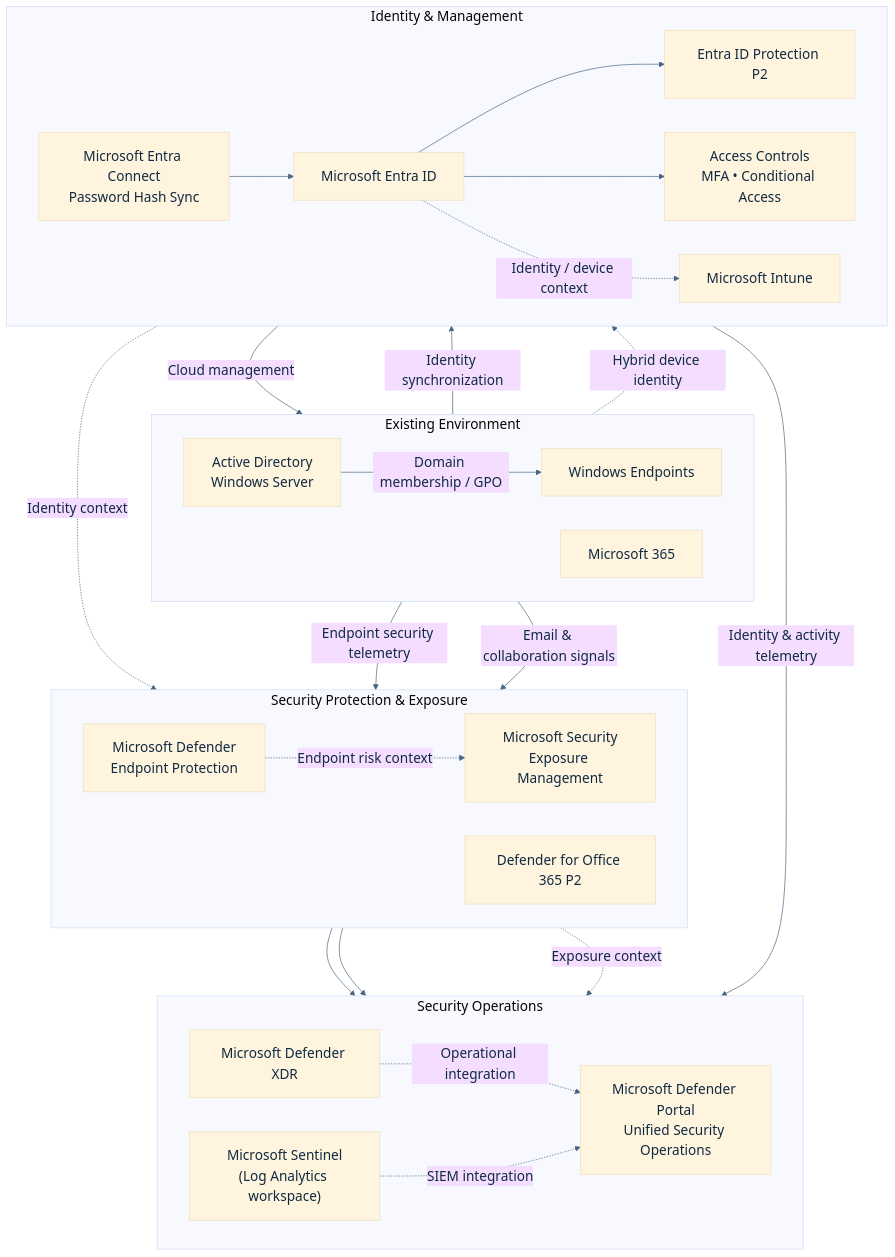
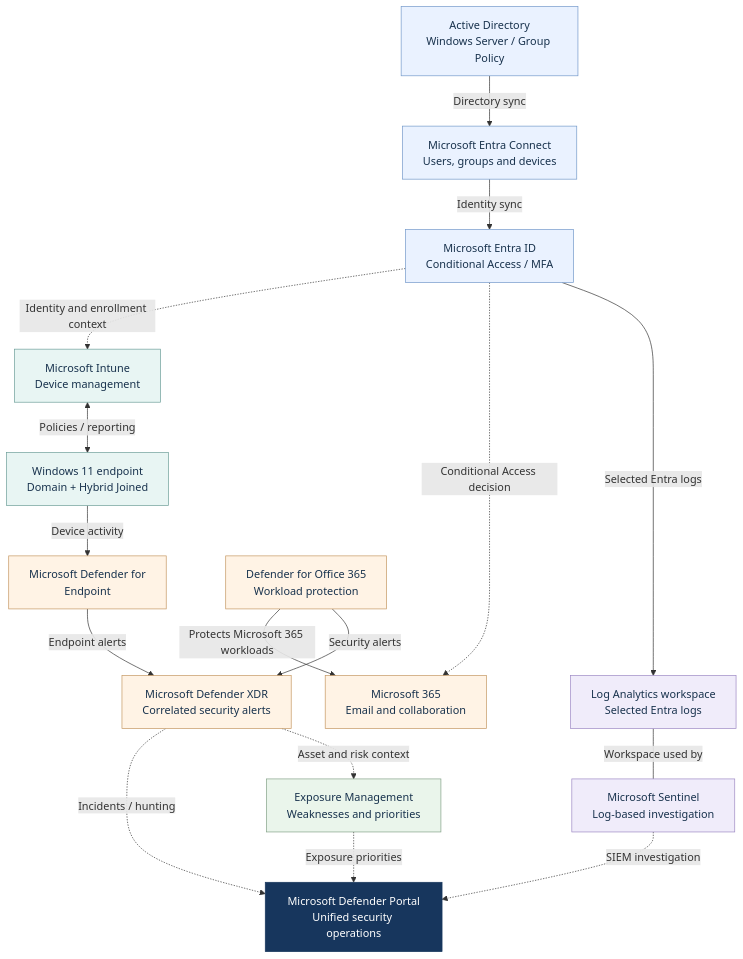
One commit to yaroslavzhukovski/microsoft-hybrid-security-platform changed the first of 2 diagrams in docs/architecture/executive-architecture.md. Above: the diagram before and after it, drawn with Mermaid. The commit also changed other lines of this file and 3 other files, not shown here.

Commit message:
Update architecture documentation and diagrams

````diff
--- a/docs/architecture/executive-architecture.md
+++ b/docs/architecture/executive-architecture.md
@@ -11,61 +11,54 @@
 ```mermaid
-%%{init: {"theme": "base", "themeVariables": {"fontSize": "20px", "fontFamily": "Arial, sans-serif", "primaryTextColor": "#102A43", "lineColor": "#486581"}, "flowchart": {"nodeSpacing": 50, "rankSpacing": 70, "padding": 20}}}%%
 flowchart TB
+    AD["Active Directory<br/>Windows Server / Group Policy"]
+    CONNECT["Microsoft Entra Connect<br/>Users, groups and devices"]
+    ENTRA["Microsoft Entra ID<br/>Conditional Access / MFA"]
 
-    subgraph EXISTING["Existing Environment"]
-        direction LR
-        AD["Active Directory<br/>Windows Server"]
-        DEV["Windows Endpoints"]
-        M365["Microsoft 365"]
-    end
+    INTUNE["Microsoft Intune<br/>Device management"]
+    WIN["Windows 11 endpoint<br/>Domain + Hybrid Joined"]
+    MDE["Microsoft Defender for<br/>Endpoint"]
 
-    subgraph IDMGMT["Identity & Management"]
-        direction LR
-        CONNECT["Microsoft Entra Connect<br/>Password Hash Sync"]
-        ENTRA["Microsoft Entra ID"]
-        IDP["Entra ID Protection P2"]
-        ACCESS["Access Controls<br/>MFA • Conditional Access"]
-        INTUNE["Microsoft Intune"]
-    end
+    M365["Microsoft 365<br/>Email and collaboration"]
+    MDO["Defender for Office 365<br/>Workload protection"]
 
-    subgraph SECURITY["Security Protection & Exposure"]
-        direction LR
-        ENDPOINT["Microsoft Defender<br/>Endpoint Protection"]
-        MDO["Defender for Office 365 P2"]
-        EXPOSURE["Microsoft Security<br/>Exposure Management"]
-    end
+    LAW["Log Analytics workspace<br/>Selected Entra logs"]
+    SENTINEL["Microsoft Sentinel<br/>Log-based investigation"]
 
-    subgraph OPERATIONS["Security Operations"]
-        direction LR
-        XDR["Microsoft Defender XDR"]
-        SENTINEL["Microsoft Sentinel<br/>(Log Analytics workspace)"]
-        PORTAL["Microsoft Defender Portal<br/>Unified Security Operations"]
-    end
+    XDR["Microsoft Defender XDR<br/>Correlated security alerts"]
+    EXPOSURE["Exposure Management<br/>Weaknesses and priorities"]
+    PORTAL["Microsoft Defender Portal<br/>Unified security operations"]
 
-    AD -->|"Identity synchronization"| CONNECT
-    CONNECT --> ENTRA
+    AD -->|"Directory sync"| CONNECT
+    CONNECT -->|"Identity sync"| ENTRA
+    ENTRA -.->|"Identity and enrollment context"| INTUNE
+    INTUNE <-->|"Policies / reporting"| WIN
+    WIN -->|"Device activity"| MDE
 
-    AD -->|"Domain membership / GPO"| DEV
-    DEV -.->|"Hybrid device identity"| ENTRA
+    ENTRA -.->|"Conditional Access decision"| M365
+    MDO -->|"Protects Microsoft 365 workloads"| M365
 
-    ENTRA --> IDP
-    ENTRA --> ACCESS
-    ENTRA -.->|"Identity / device context"| INTUNE
+    ENTRA -->|"Selected Entra logs"| LAW
+    LAW ---|"Workspace used by"| SENTINEL
 
-    INTUNE -->|"Cloud management"| DEV
+    MDE -->|"Endpoint alerts"| XDR
+    MDO -->|"Security alerts"| XDR
 
-    DEV -->|"Endpoint security telemetry"| ENDPOINT
-    M365 -->|"Email & collaboration signals"| MDO
+    XDR -.->|"Incidents / hunting"| PORTAL
+    SENTINEL -.->|"SIEM investigation"| PORTAL
+    XDR -.->|"Asset and risk context"| EXPOSURE
+    EXPOSURE -.->|"Exposure priorities"| PORTAL
 
-    ENDPOINT --> XDR
-    MDO --> XDR
+    classDef identity fill:#EAF2FF,stroke:#7298C9,color:#18324D
+    classDef endpoint fill:#E8F5F3,stroke:#6B9D98,color:#18324D
+    classDef security fill:#FFF3E5,stroke:#C49660,color:#18324D
+    classDef siem fill:#F0ECFA,stroke:#9C87C3,color:#18324D
+    classDef exposure fill:#EAF5EB,stroke:#82A086,color:#18324D
+    classDef portal fill:#17365D,stroke:#17365D,color:#FFFFFF
 
-    ENDPOINT -.->|"Endpoint risk context"| EXPOSURE
-    ENTRA -.->|"Identity context"| EXPOSURE
-
-    ENTRA -->|"Identity & activity telemetry"| SENTINEL
-
-    XDR -.->|"Operational integration"| PORTAL
-    SENTINEL -.->|"SIEM integration"| PORTAL
-    EXPOSURE -.->|"Exposure context"| PORTAL
+    class AD,CONNECT,ENTRA identity
+    class INTUNE,WIN endpoint
+    class MDE,M365,MDO,XDR security
+    class LAW,SENTINEL siem
+    class EXPOSURE exposure
+    class PORTAL portal
 ```
````
